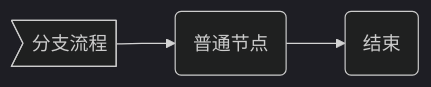
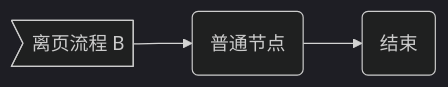
The second of 5 diagrams in released/demo/guide.md (MadMaxChow/VLOOK), drawn with Mermaid (dark theme) before and after one commit. The commit also changed other lines of this file and 96 other files, not shown here.

````diff
--- a/released/demo/guide.md
+++ b/released/demo/guide.md
@@ -1694,6 +2025,6 @@
 ```mermaid
 graph LR
-page2>分支流程] --> node2(普通节点)
+page2>离页流程 B] --> node2(普通节点)
 node2 --> END
 END(结束)
 ```
````
